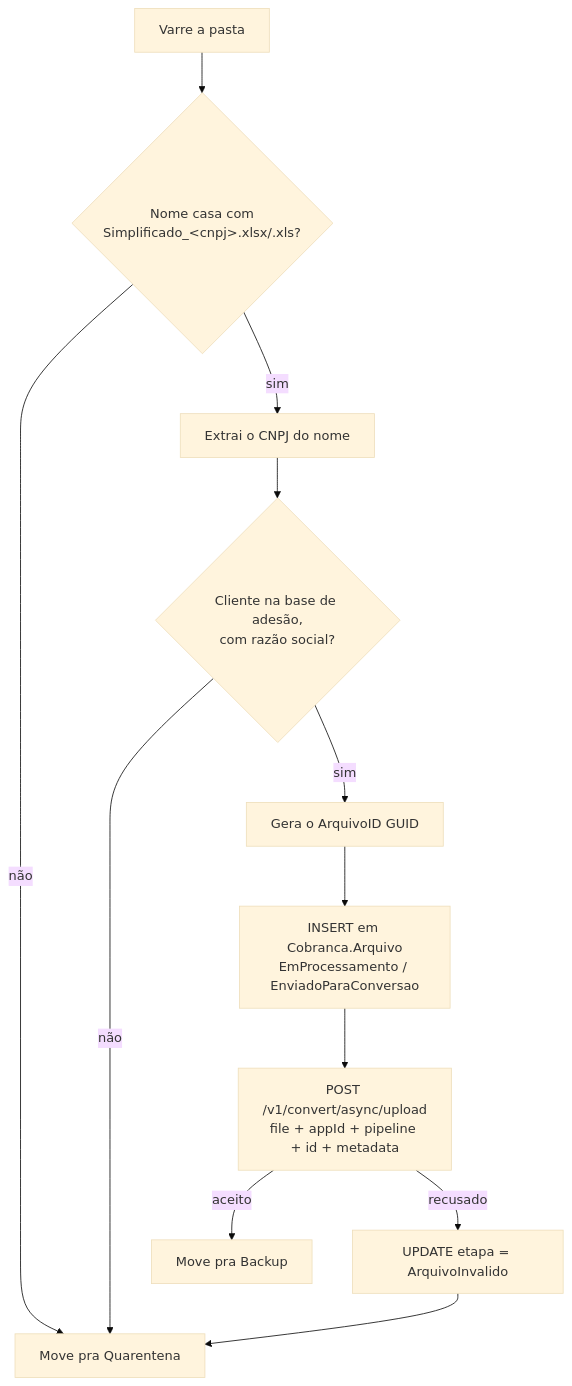
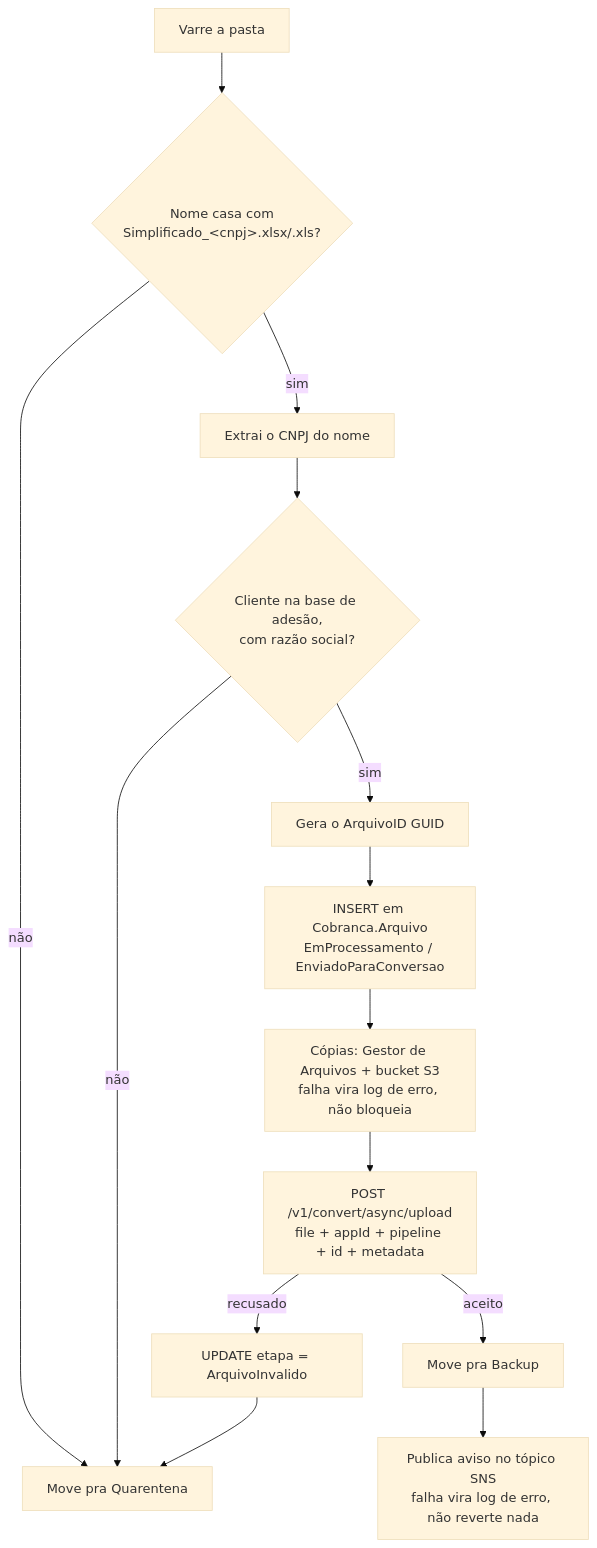
The diagram in docs/regras-de-negocio.md (danielbfr3/arquivo-retorno-worker), drawn with Mermaid (base theme) before and after one commit. The commit also changed other lines of this file and 24 other files, not shown here.

````diff
--- a/docs/regras-de-negocio.md
+++ b/docs/regras-de-negocio.md
@@ -23,13 +23,15 @@
 ```mermaid
 flowchart TD
     A[Varre a pasta] --> B{Nome casa com<br/>Simplificado_&lt;cnpj&gt;.xlsx/.xls?}
     B -- não --> Q[Move pra Quarentena]
     B -- sim --> C[Extrai o CNPJ do nome]
     C --> D{Cliente na base de adesão,<br/>com razão social?}
     D -- não --> Q
     D -- sim --> E[Gera o ArquivoID GUID]
     E --> F[INSERT em Cobranca.Arquivo<br/>EmProcessamento / EnviadoParaConversao]
-    F --> G[POST /v1/convert/async/upload<br/>file + appId + pipeline + id + metadata]
+    F --> S[Cópias: Gestor de Arquivos + bucket S3<br/>falha vira log de erro, não bloqueia]
+    S --> G[POST /v1/convert/async/upload<br/>file + appId + pipeline + id + metadata]
     G -- aceito --> H[Move pra Backup]
+    H --> N[Publica aviso no tópico SNS<br/>falha vira log de erro, não reverte nada]
     G -- recusado --> I[UPDATE etapa = ArquivoInvalido] --> Q
 ```
````
